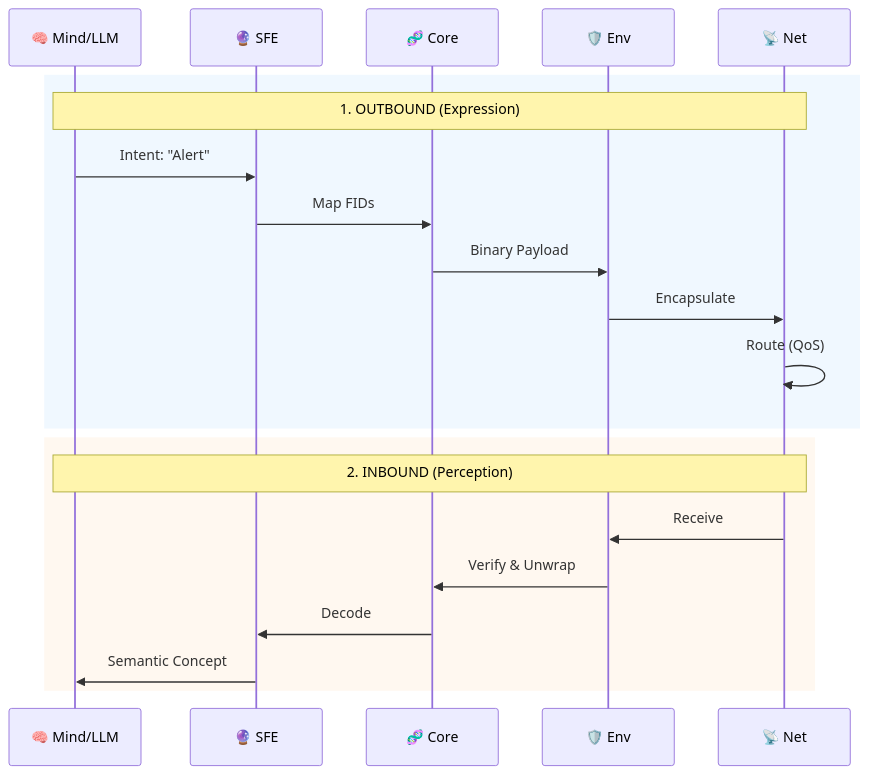
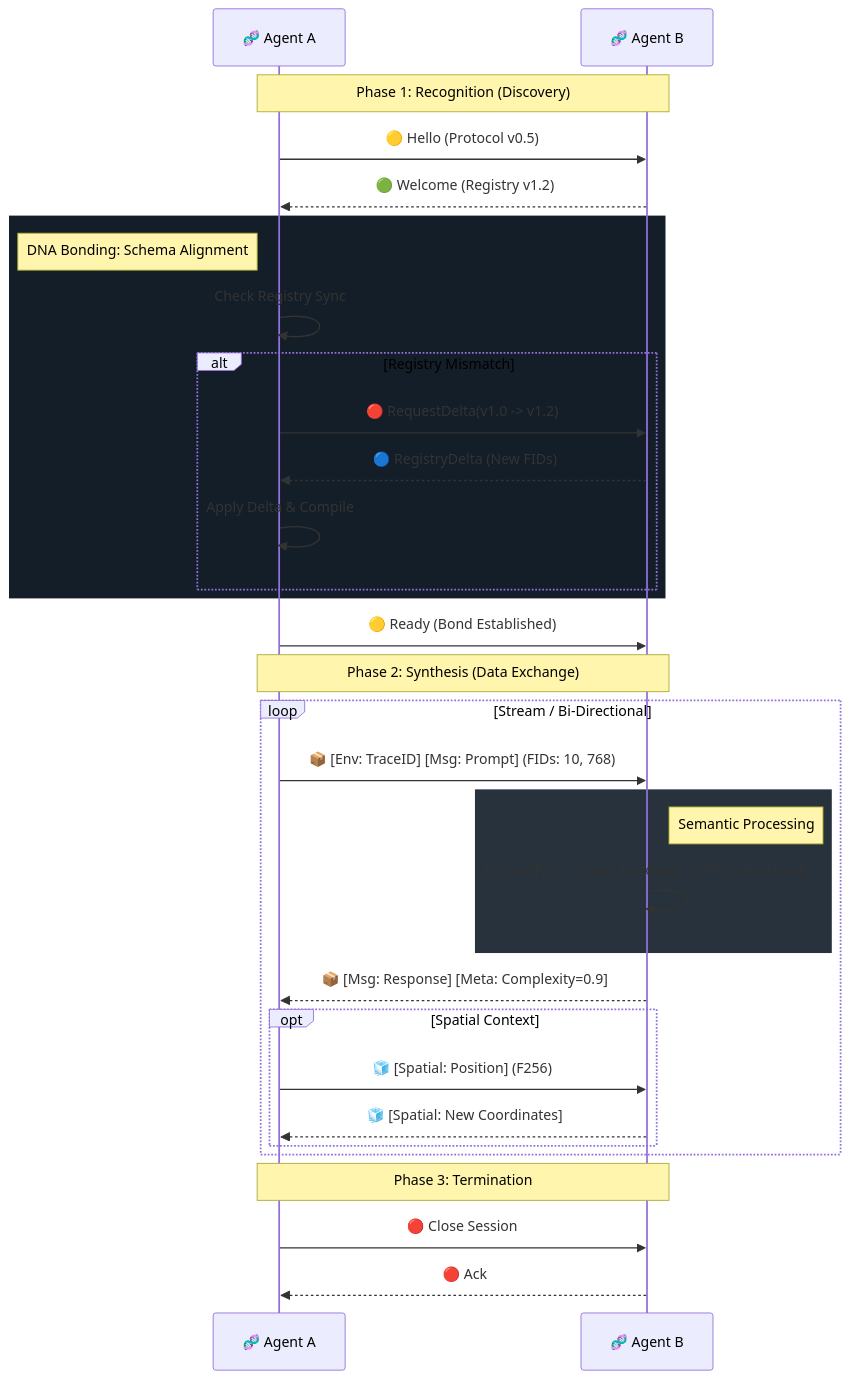
One commit to lnmplang/lnmp-protocol changed the second of 3 diagrams in spec/architecture-and-flow.md. Above: the diagram before and after it, drawn with Mermaid. The commit also changed other lines of this file, not shown here.

Commit message:
feat: Revise LNMP architecture documentation for enhanced clarity and detail in module descriptions and data flow

````diff
--- a/spec/architecture-and-flow.md
+++ b/spec/architecture-and-flow.md
@@ -94,27 +83,45 @@
 ```mermaid
 sequenceDiagram
-    participant Mind as 🧠 Mind/LLM
-    participant SFE as 🔮 SFE
-    participant Core as 🧬 Core
-    participant Env as 🛡️ Env
-    participant Net as 📡 Net
-
-    %% OUTBOUND
-    rect rgb(240, 248, 255)
-    Note over Mind, Net: 1. OUTBOUND (Expression)
-    Mind->>SFE: Intent: "Alert"
-    SFE->>Core: Map FIDs
-    Core->>Env: Binary Payload
-    Env->>Net: Encapsulate
-    Net->>Net: Route (QoS)
+    participant A as 🧬 Agent A
+    participant B as 🧬 Agent B
+    
+    Note over A,B: Phase 1: Recognition (Discovery)
+    
+    A->>B: 🟡 Hello (Protocol v0.5)
+    B-->>A: 🟢 Welcome (Registry v1.2)
+    
+    rect rgb(20, 30, 40)
+        Note left of A: DNA Bonding: Schema Alignment
+        A->>A: Check Registry Sync
+        alt Registry Mismatch
+            A->>B: 🔴 RequestDelta(v1.0 -> v1.2)
+            B-->>A: 🔵 RegistryDelta (New FIDs)
+            A->>A: Apply Delta & Compile
+        end
     end
-
-    %% INBOUND
-    rect rgb(255, 248, 240)
-    Note over Mind, Net: 2. INBOUND (Perception)
-    Net->>Env: Receive
-    Env->>Core: Verify & Unwrap
-    Core->>SFE: Decode
-    SFE->>Mind: Semantic Concept
+    
+    A->>B: 🟡 Ready (Bond Established)
+    
+    Note over A,B: Phase 2: Synthesis (Data Exchange)
+    
+    loop Stream / Bi-Directional
+        A->>B: 📦 [Env: TraceID] [Msg: Prompt] (FIDs: 10, 768)
+        
+        rect rgb(40, 50, 60)
+            Note right of B: Semantic Processing
+            B->>B: Env.Verify() -> Codec.Decode() -> SFE.Understand()
+        end
+        
+        B-->>A: 📦 [Msg: Response] [Meta: Complexity=0.9]
+        
+        opt Spatial Context
+            A->>B: 🧊 [Spatial: Position] (F256)
+            B-->>A: 🧊 [Spatial: New Coordinates]
+        end
     end
+    
+    Note over A,B: Phase 3: Termination
+    
+    A->>B: 🔴 Close Session
+    B-->>A: 🔴 Ack
 ```
````
